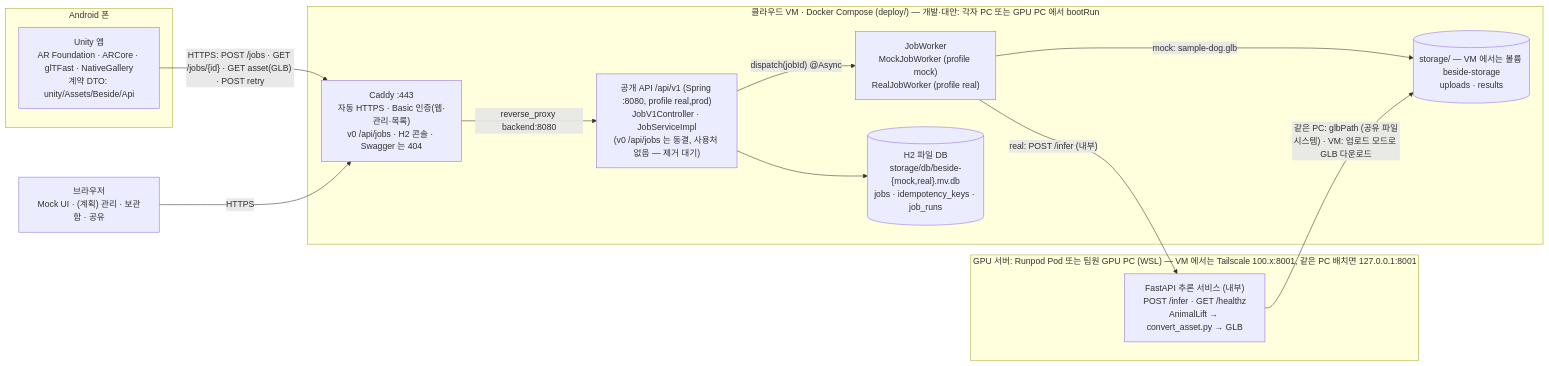
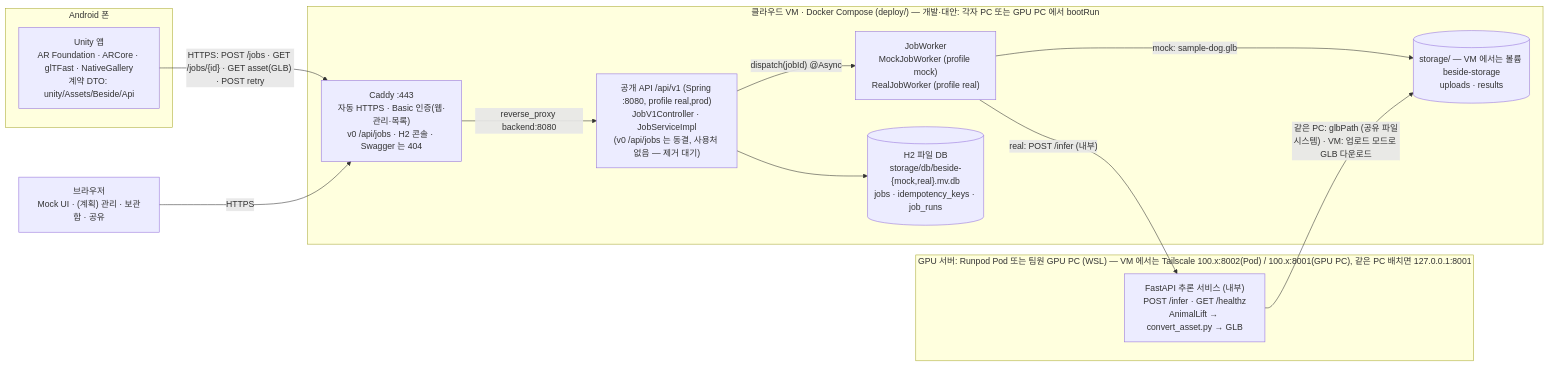
One commit to minwoo3717/Beside changed the first of 3 diagrams in docs/ARCHITECTURE.md. Above: the diagram before and after it, drawn with Mermaid. The commit also changed 1 other file, not shown here.

Commit message:
[Backend] 문서: ARCHITECTURE 그림의 Pod 포트(8002)와 ANIMALLIFT_SETUP 의 Pod 설치 주의(가중치 캐시, 체크포인트 크기·라이선스 태그, pip 캐시, conda 약관, fuse /workspace) — 3D 트랙이 Pod 에 설치할 때 같은 함정에 빠지지 않게
크기는 Hugging Face API·PyPI 로 읽은 값(latest.pt 2,317,900,684 B, SD VAE 약 335MB, DINOv2 약 88MB)이고,
설치 시간·VRAM·디스크 사용량은 아직 재지 않았다(exp-01 [계획]).

````diff
--- a/docs/ARCHITECTURE.md
+++ b/docs/ARCHITECTURE.md
@@ -11,25 +11,25 @@
 ```mermaid
 flowchart LR
     subgraph Phone["Android 폰"]
         U["Unity 앱<br/>AR Foundation · ARCore · glTFast · NativeGallery<br/>계약 DTO: unity/Assets/Beside/Api"]
     end
     B["브라우저<br/>Mock UI · (계획) 관리 · 보관함 · 공유"]
     subgraph Server["클라우드 VM · Docker Compose (deploy/) — 개발·대안: 각자 PC 또는 GPU PC 에서 bootRun"]
         C["Caddy :443<br/>자동 HTTPS · Basic 인증(웹·관리·목록)<br/>v0 /api/jobs · H2 콘솔 · Swagger 는 404"]
         S["공개 API /api/v1 (Spring :8080, profile real,prod)<br/>JobV1Controller · JobServiceImpl<br/>(v0 /api/jobs 는 동결, 사용처 없음 — 제거 대기)"]
         W["JobWorker<br/>MockJobWorker (profile mock)<br/>RealJobWorker (profile real)"]
         FS[("storage/ — VM 에서는 볼륨 beside-storage<br/>uploads · results")]
         DB[("H2 파일 DB<br/>storage/db/beside-{mock,real}.mv.db<br/>jobs · idempotency_keys · job_runs")]
     end
-    subgraph Gpu["GPU 서버: Runpod Pod 또는 팀원 GPU PC (WSL) — VM 에서는 Tailscale 100.x:8001, 같은 PC 배치면 127.0.0.1:8001"]
+    subgraph Gpu["GPU 서버: Runpod Pod 또는 팀원 GPU PC (WSL) — VM 에서는 Tailscale 100.x:8002(Pod) / 100.x:8001(GPU PC), 같은 PC 배치면 127.0.0.1:8001"]
         P["FastAPI 추론 서비스 (내부)<br/>POST /infer · GET /healthz<br/>AnimalLift → convert_asset.py → GLB"]
     end
     U -->|"HTTPS: POST /jobs · GET /jobs/{id} · GET asset(GLB) · POST retry"| C
     B -->|"HTTPS"| C
     C -->|"reverse_proxy backend:8080"| S
     S --> DB
     S -->|"dispatch(jobId) @Async"| W
     W -->|"mock: sample-dog.glb"| FS
     W -->|"real: POST /infer (내부)"| P
     P -->|"같은 PC: glbPath (공유 파일시스템) · VM: 업로드 모드로 GLB 다운로드"| FS
 ```
````
